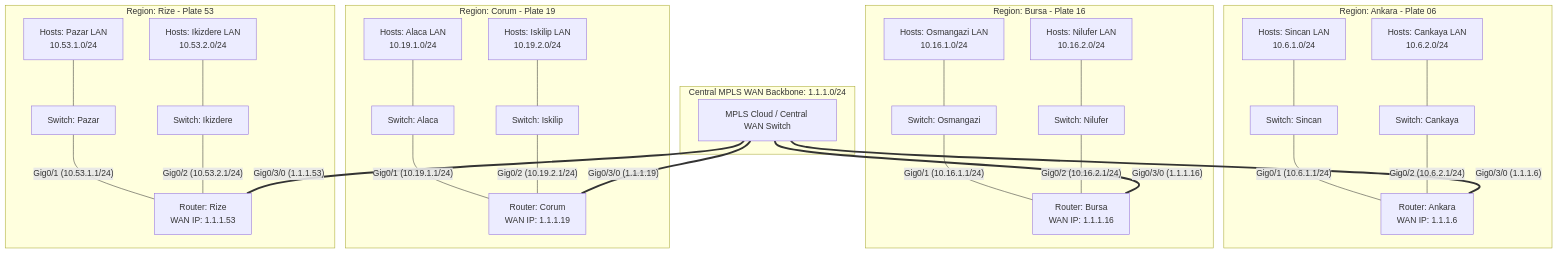
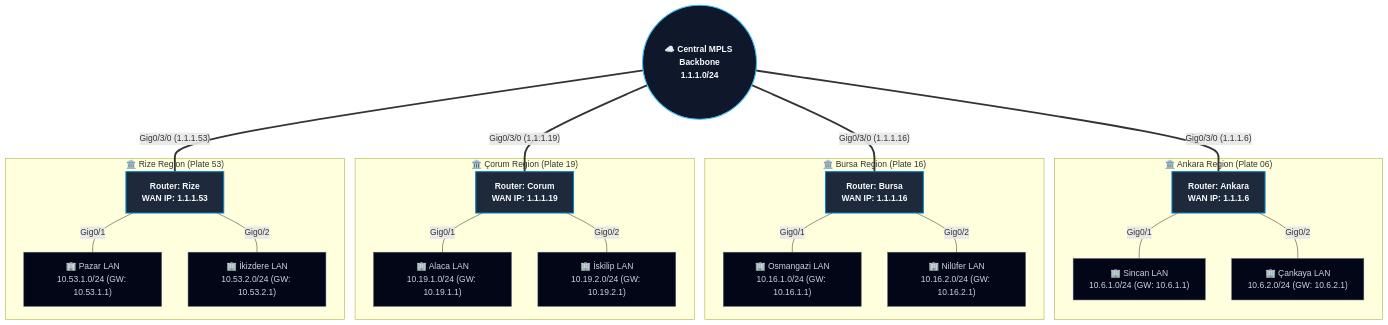
One commit to EmirEvren/cisco-packet-tracer-4-city-wan-routing changed the diagram in README.md. Above: the diagram before and after it, drawn with Mermaid. The commit also changed other lines of this file and 1 other file, not shown here.

Commit message:
docs: revamp network topology visualization with SVG diagram, ASCII schematic, and cross-city routing matrix

````diff
--- a/README.md
+++ b/README.md
@@ -51,43 +82,45 @@
 ```mermaid
-flowchart TB
-    subgraph MPLS_Backbone [Central MPLS WAN Backbone: 1.1.1.0/24]
-        MPLS_CLOUD[MPLS Cloud / Central WAN Switch]
+graph TD
+    classDef cloud fill:#0f172a,stroke:#38bdf8,stroke-width:2px,color:#f8fafc,font-weight:bold;
+    classDef router fill:#1e293b,stroke:#0284c7,stroke-width:2px,color:#f8fafc,font-weight:bold;
+    classDef lan fill:#020617,stroke:#475569,stroke-width:1px,color:#cbd5e1;
+
+    WAN(("☁️ Central MPLS Backbone<br/>1.1.1.0/24")):::cloud
+
+    subgraph ANK ["🏛️ Ankara Region (Plate 06)"]
+        R_ANK["Router: Ankara<br/>WAN IP: 1.1.1.6"]:::router
+        LAN_SIN["🏢 Sincan LAN<br/>10.6.1.0/24 (GW: 10.6.1.1)"]:::lan
+        LAN_CAN["🏢 Çankaya LAN<br/>10.6.2.0/24 (GW: 10.6.2.1)"]:::lan
+        R_ANK ---|"Gig0/1"| LAN_SIN
+        R_ANK ---|"Gig0/2"| LAN_CAN
     end
 
-    subgraph Ankara_Region [Region: Ankara - Plate 06]
-        R_ANK[Router: Ankara<br/>WAN IP: 1.1.1.6]
-        ANK_SW1[Switch: Sincan] ---|"Gig0/1 (10.6.1.1/24)"| R_ANK
-        ANK_SW2[Switch: Cankaya] ---|"Gig0/2 (10.6.2.1/24)"| R_ANK
-        ANK_HOST1[Hosts: Sincan LAN<br/>10.6.1.0/24] --- ANK_SW1
-        ANK_HOST2[Hosts: Cankaya LAN<br/>10.6.2.0/24] --- ANK_SW2
+    subgraph BUR ["🏛️ Bursa Region (Plate 16)"]
+        R_BUR["Router: Bursa<br/>WAN IP: 1.1.1.16"]:::router
+        LAN_OSM["🏢 Osmangazi LAN<br/>10.16.1.0/24 (GW: 10.16.1.1)"]:::lan
+        LAN_NIL["🏢 Nilüfer LAN<br/>10.16.2.0/24 (GW: 10.16.2.1)"]:::lan
+        R_BUR ---|"Gig0/1"| LAN_OSM
+        R_BUR ---|"Gig0/2"| LAN_NIL
     end
 
-    subgraph Bursa_Region [Region: Bursa - Plate 16]
-        R_BUR[Router: Bursa<br/>WAN IP: 1.1.1.16]
-        BUR_SW1[Switch: Osmangazi] ---|"Gig0/1 (10.16.1.1/24)"| R_BUR
-        BUR_SW2[Switch: Nilufer] ---|"Gig0/2 (10.16.2.1/24)"| R_BUR
-        BUR_HOST1[Hosts: Osmangazi LAN<br/>10.16.1.0/24] --- BUR_SW1
-        BUR_HOST2[Hosts: Nilufer LAN<br/>10.16.2.0/24] --- BUR_SW2
+    subgraph COR ["🏛️ Çorum Region (Plate 19)"]
+        R_COR["Router: Corum<br/>WAN IP: 1.1.1.19"]:::router
+        LAN_ALA["🏢 Alaca LAN<br/>10.19.1.0/24 (GW: 10.19.1.1)"]:::lan
+        LAN_ISK["🏢 İskilip LAN<br/>10.19.2.0/24 (GW: 10.19.2.1)"]:::lan
+        R_COR ---|"Gig0/1"| LAN_ALA
+        R_COR ---|"Gig0/2"| LAN_ISK
     end
 
-    subgraph Corum_Region [Region: Corum - Plate 19]
-        R_COR[Router: Corum<br/>WAN IP: 1.1.1.19]
-        COR_SW1[Switch: Alaca] ---|"Gig0/1 (10.19.1.1/24)"| R_COR
-        COR_SW2[Switch: Iskilip] ---|"Gig0/2 (10.19.2.1/24)"| R_COR
-        COR_HOST1[Hosts: Alaca LAN<br/>10.19.1.0/24] --- COR_SW1
-        COR_HOST2[Hosts: Iskilip LAN<br/>10.19.2.0/24] --- COR_SW2
+    subgraph RIZ ["🏛️ Rize Region (Plate 53)"]
+        R_RIZ["Router: Rize<br/>WAN IP: 1.1.1.53"]:::router
+        LAN_PAZ["🏢 Pazar LAN<br/>10.53.1.0/24 (GW: 10.53.1.1)"]:::lan
+        LAN_IKI["🏢 İkizdere LAN<br/>10.53.2.0/24 (GW: 10.53.2.1)"]:::lan
+        R_RIZ ---|"Gig0/1"| LAN_PAZ
+        R_RIZ ---|"Gig0/2"| LAN_IKI
     end
 
-    subgraph Rize_Region [Region: Rize - Plate 53]
-        R_RIZ[Router: Rize<br/>WAN IP: 1.1.1.53]
-        RIZ_SW1[Switch: Pazar] ---|"Gig0/1 (10.53.1.1/24)"| R_RIZ
-        RIZ_SW2[Switch: Ikizdere] ---|"Gig0/2 (10.53.2.1/24)"| R_RIZ
-        RIZ_HOST1[Hosts: Pazar LAN<br/>10.53.1.0/24] --- RIZ_SW1
-        RIZ_HOST2[Hosts: Ikizdere LAN<br/>10.53.2.0/24] --- RIZ_SW2
-    end
-
-    MPLS_CLOUD ===|"Gig0/3/0 (1.1.1.6)"| R_ANK
-    MPLS_CLOUD ===|"Gig0/3/0 (1.1.1.16)"| R_BUR
-    MPLS_CLOUD ===|"Gig0/3/0 (1.1.1.19)"| R_COR
-    MPLS_CLOUD ===|"Gig0/3/0 (1.1.1.53)"| R_RIZ
+    WAN ===|"Gig0/3/0 (1.1.1.6)"| R_ANK
+    WAN ===|"Gig0/3/0 (1.1.1.16)"| R_BUR
+    WAN ===|"Gig0/3/0 (1.1.1.19)"| R_COR
+    WAN ===|"Gig0/3/0 (1.1.1.53)"| R_RIZ
 ```
````
